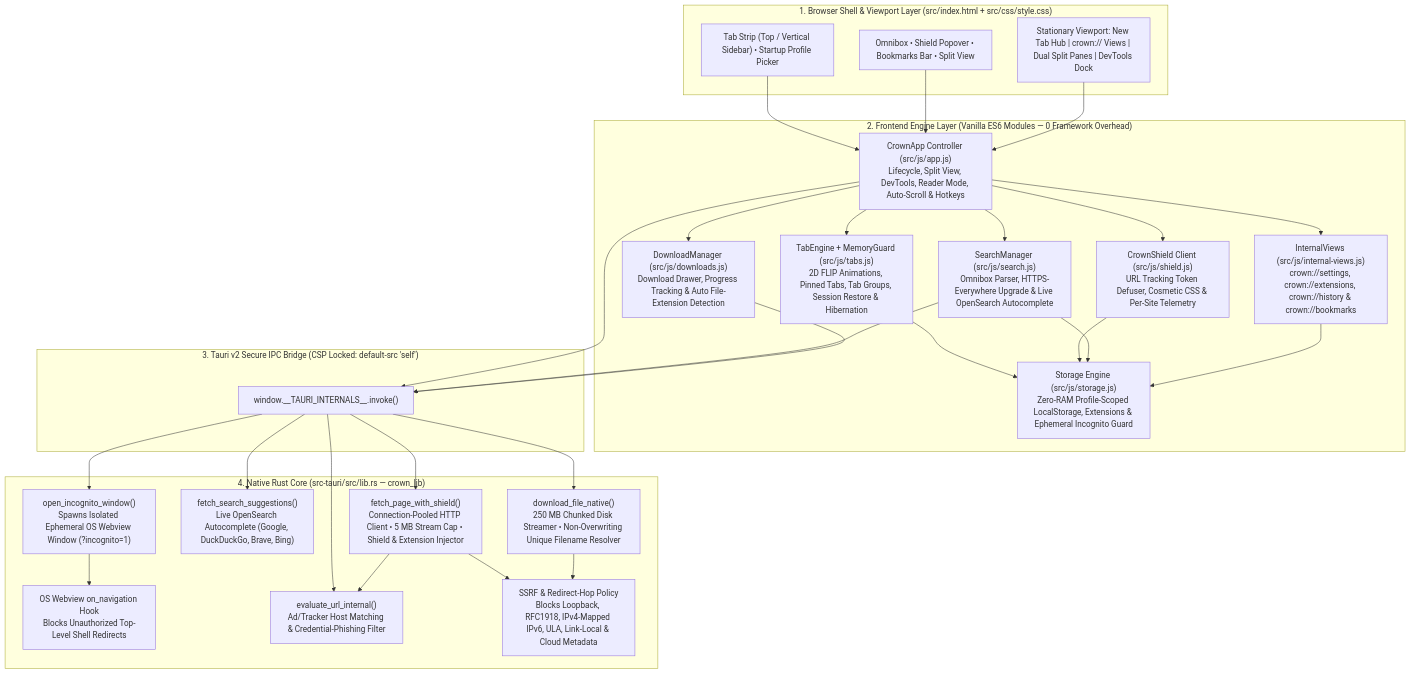
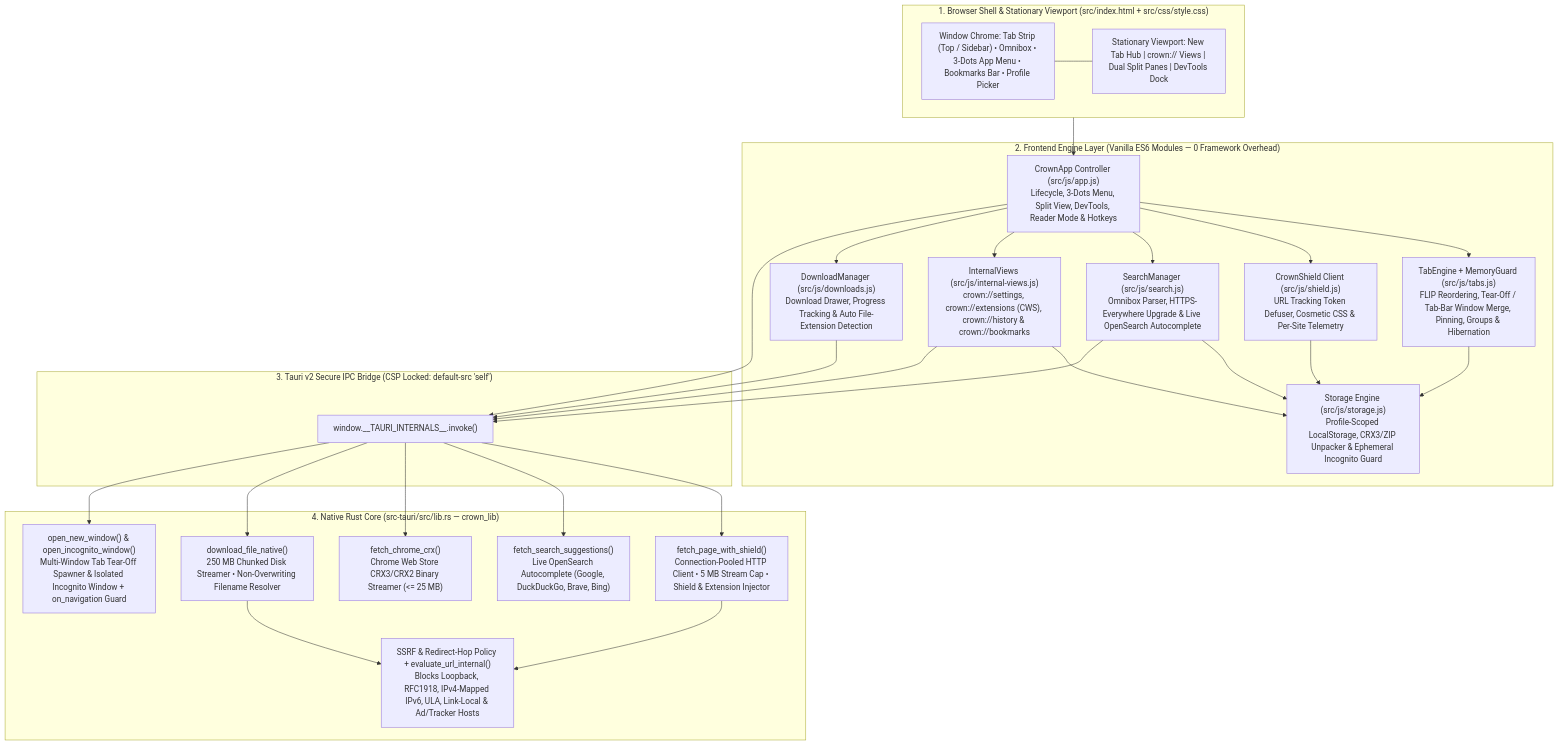
One commit to PI-Prasaad-Krishna/Crown changed the first of 2 diagrams in README.md. Above: the diagram before and after it, drawn with Mermaid. The commit also changed other lines of this file and 62 other files, not shown here.

Commit message:
feat(brand, security): adopt origami crown icon suite, deduplicate new tab shortcuts & harden SSRF defense

````diff
--- a/README.md
+++ b/README.md
@@ -17,43 +17,39 @@
 ```mermaid
 flowchart TB
-  subgraph UI["1. Browser Shell & Viewport Layer (src/index.html + src/css/style.css)"]
-    UI_Tabs["Tab Strip (Top / Vertical Sidebar) • Startup Profile Picker"]
-    UI_Nav["Omnibox • Shield Popover • Bookmarks Bar • Split View"]
-    UI_View["Stationary Viewport: New Tab Hub | crown:// Views | Dual Split Panes | DevTools Dock"]
+  subgraph UI["1. Browser Shell & Stationary Viewport (src/index.html + src/css/style.css)"]
+    direction LR
+    UI_Chrome["Window Chrome: Tab Strip (Top / Sidebar) • Omnibox • 3-Dots App Menu • Bookmarks Bar • Profile Picker"]
+    UI_Viewport["Stationary Viewport: New Tab Hub | crown:// Views | Dual Split Panes | DevTools Dock"]
+    UI_Chrome --- UI_Viewport
   end
 
   subgraph Frontend["2. Frontend Engine Layer (Vanilla ES6 Modules — 0 Framework Overhead)"]
-    App["CrownApp Controller (src/js/app.js)<br/>Lifecycle, Split View, DevTools, Reader Mode, Auto-Scroll & Hotkeys"]
-    Tabs["TabEngine + MemoryGuard (src/js/tabs.js)<br/>2D FLIP Animations, Pinned Tabs, Tab Groups, Session Restore & Hibernation"]
+    App["CrownApp Controller (src/js/app.js)<br/>Lifecycle, 3-Dots Menu, Split View, DevTools, Reader Mode & Hotkeys"]
+    Tabs["TabEngine + MemoryGuard (src/js/tabs.js)<br/>FLIP Reordering, Tear-Off / Tab-Bar Window Merge, Pinning, Groups & Hibernation"]
     ShieldJS["CrownShield Client (src/js/shield.js)<br/>URL Tracking Token Defuser, Cosmetic CSS & Per-Site Telemetry"]
     Search["SearchManager (src/js/search.js)<br/>Omnibox Parser, HTTPS-Everywhere Upgrade & Live OpenSearch Autocomplete"]
-    Views["InternalViews (src/js/internal-views.js)<br/>crown://settings, crown://extensions, crown://history & crown://bookmarks"]
+    Views["InternalViews (src/js/internal-views.js)<br/>crown://settings, crown://extensions (CWS), crown://history & crown://bookmarks"]
     DL["DownloadManager (src/js/downloads.js)<br/>Download Drawer, Progress Tracking & Auto File-Extension Detection"]
-    Store["Storage Engine (src/js/storage.js)<br/>Zero-RAM Profile-Scoped LocalStorage, Extensions & Ephemeral Incognito Guard"]
+    Store["Storage Engine (src/js/storage.js)<br/>Profile-Scoped LocalStorage, CRX3/ZIP Unpacker & Ephemeral Incognito Guard"]
   end
 
   subgraph IPC["3. Tauri v2 Secure IPC Bridge (CSP Locked: default-src 'self')"]
     Invoke["window.__TAURI_INTERNALS__.invoke()"]
   end
 
   subgraph RustCore["4. Native Rust Core (src-tauri/src/lib.rs — crown_lib)"]
-    NavGuard["OS Webview on_navigation Hook<br/>Blocks Unauthorized Top-Level Shell Redirects"]
-    EvalEngine["evaluate_url_internal()<br/>Ad/Tracker Host Matching & Credential-Phishing Filter"]
-    SSRFGuard["SSRF & Redirect-Hop Policy<br/>Blocks Loopback, RFC1918, IPv4-Mapped IPv6, ULA, Link-Local & Cloud Metadata"]
     ShieldProxy["fetch_page_with_shield()<br/>Connection-Pooled HTTP Client • 5 MB Stream Cap • Shield & Extension Injector"]
+    SSRFGuard["SSRF & Redirect-Hop Policy + evaluate_url_internal()<br/>Blocks Loopback, RFC1918, IPv4-Mapped IPv6, ULA, Link-Local & Ad/Tracker Hosts"]
     SuggestAPI["fetch_search_suggestions()<br/>Live OpenSearch Autocomplete (Google, DuckDuckGo, Brave, Bing)"]
-    NativeDL["download_file_native()<br/>250 MB Chunked Disk Streamer • Non-Overwriting Unique Filename Resolver"]
-    IncogWin["open_incognito_window()<br/>Spawns Isolated Ephemeral OS Webview Window (?incognito=1)"]
+    CwsCrx["fetch_chrome_crx()<br/>Chrome Web Store CRX3/CRX2 Binary Streamer (<= 25 MB)"]
+    NativeDL["download_file_native()<br/>250 MB Chunked Disk Streamer • Non-Overwriting Filename Resolver"]
+    WinSpawn["open_new_window() & open_incognito_window()<br/>Multi-Window Tab Tear-Off Spawner & Isolated Incognito Window + on_navigation Guard"]
   end
 
-  UI_Tabs & UI_Nav & UI_View --> App
+  UI_Viewport --> App
   App --> Tabs & ShieldJS & Search & Views & DL
   Tabs & ShieldJS & Search & Views --> Store
-
-  App & Search & DL --> Invoke
-  Invoke --> ShieldProxy & SuggestAPI & NativeDL & IncogWin & EvalEngine
-
-  ShieldProxy --> SSRFGuard & EvalEngine
-  NativeDL --> SSRFGuard
-  IncogWin --> NavGuard
+  App & Search & Views & DL --> Invoke
+  Invoke --> ShieldProxy & SuggestAPI & CwsCrx & NativeDL & WinSpawn
+  ShieldProxy & NativeDL --> SSRFGuard
 ```
````
